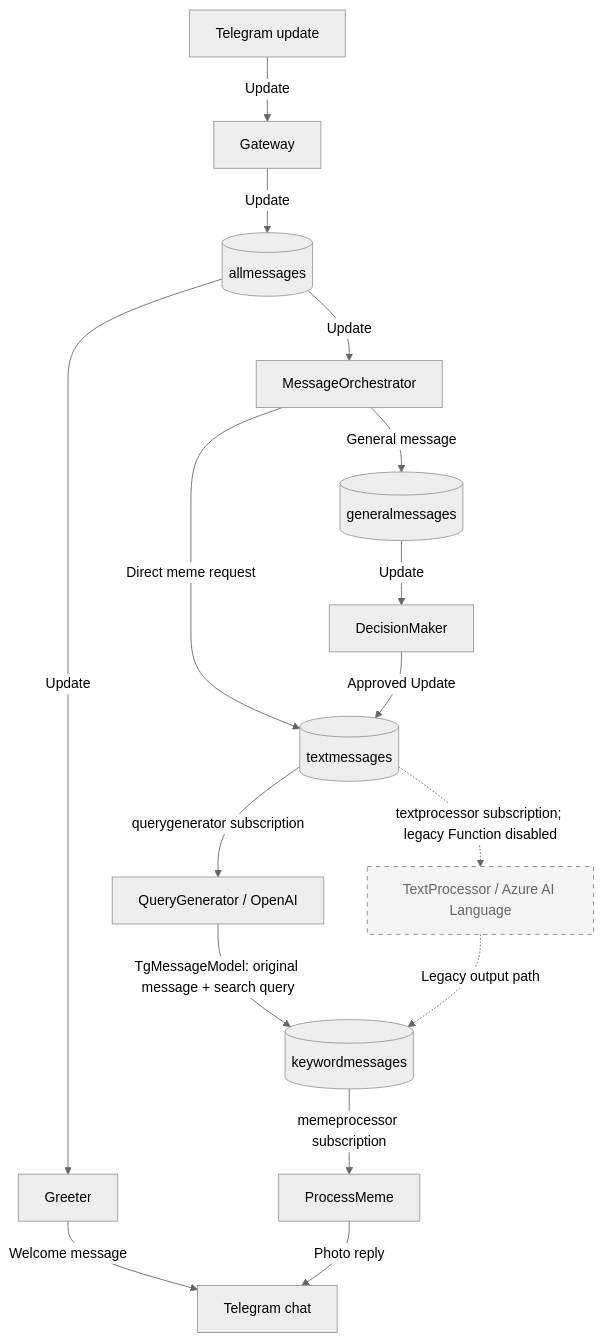
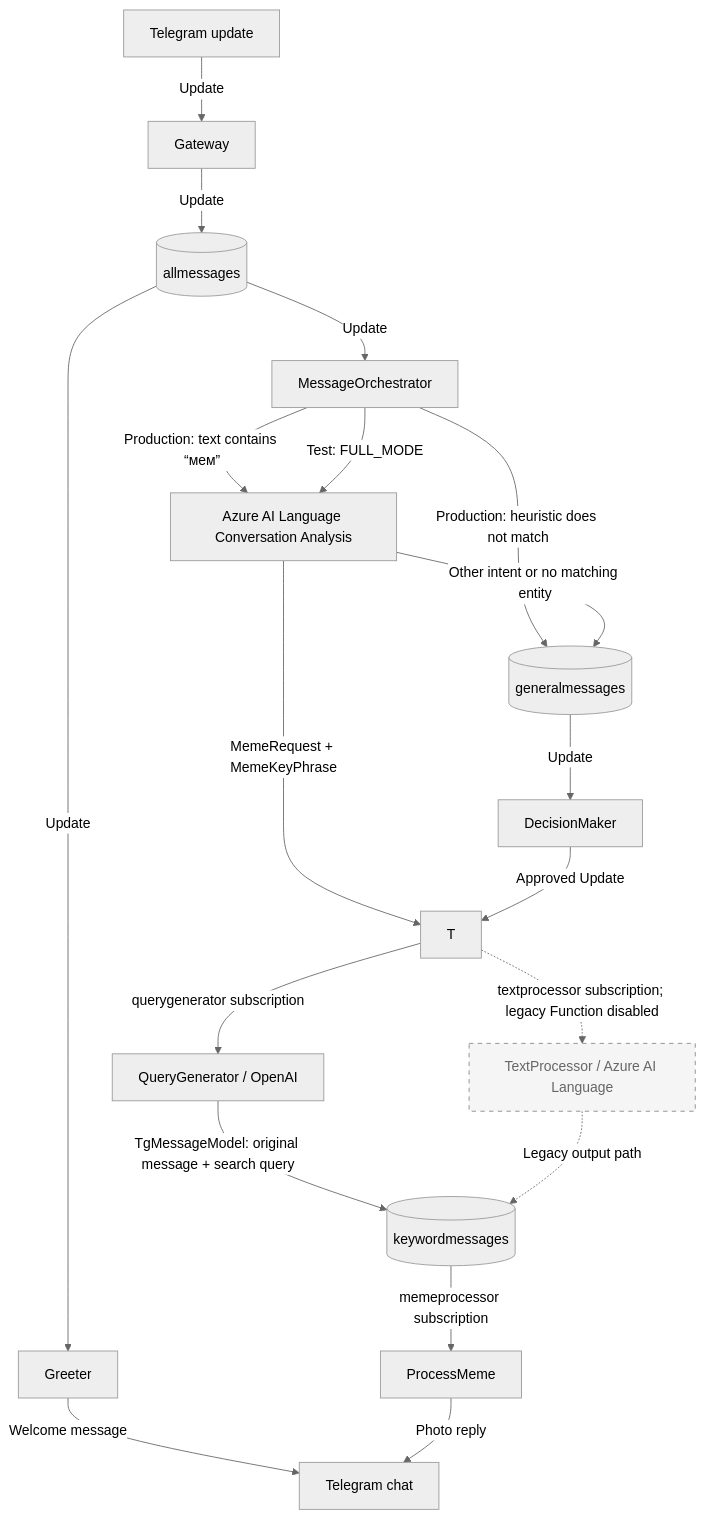
Before and after one commit to ArtemKiyashko/memesfinder-infrastructure: the diagram in README.md, drawn with Mermaid (neutral theme). The commit also changed other lines of this file, not shown here.

````diff
--- a/README.md
+++ b/README.md
@@ -58,20 +58,23 @@
 ```mermaid
 flowchart TD;
 A[Telegram update] -->|Update| B[Gateway]
 B -->|Update| C[(allmessages)]
 C -->|Update| O[MessageOrchestrator]
 C -->|Update| G[Greeter]
 G -->|Welcome message| TG[Telegram chat]
-O -->|Direct meme request| T[(textmessages)]
-O -->|General message| GM[(generalmessages)]
+O -->|Production: text contains “мем”| AI[Azure AI Language Conversation Analysis]
+O -->|Production: heuristic does not match| GM[(generalmessages)]
+O -->|Test: FULL_MODE| AI
+AI -->|MemeRequest + MemeKeyPhrase| T
+AI -->|Other intent or no matching entity| GM
 GM -->|Update| D[DecisionMaker]
 D -->|Approved Update| T
 T -->|querygenerator subscription| Q[QueryGenerator / OpenAI]
 Q -->|TgMessageModel: original message + search query| K[(keywordmessages)]
 K -->|memeprocessor subscription| P[ProcessMeme]
 P -->|Photo reply| TG
 T -.->|textprocessor subscription; legacy Function disabled| L[TextProcessor / Azure AI Language]
 L -.->|Legacy output path| K
 classDef legacy fill:#f5f5f5,stroke:#888,stroke-dasharray: 5 5,color:#666;
 class L legacy;
 ```
````
